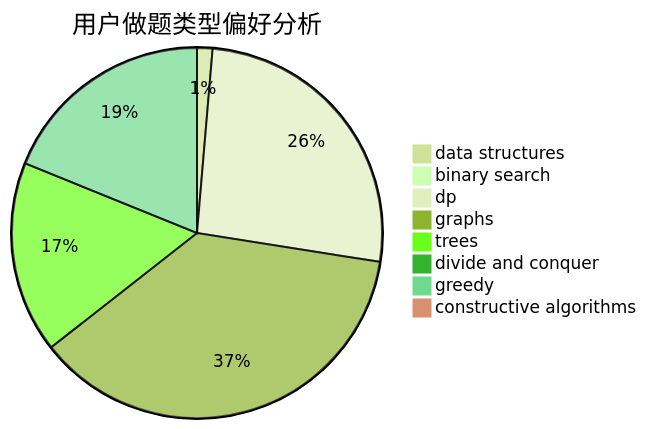
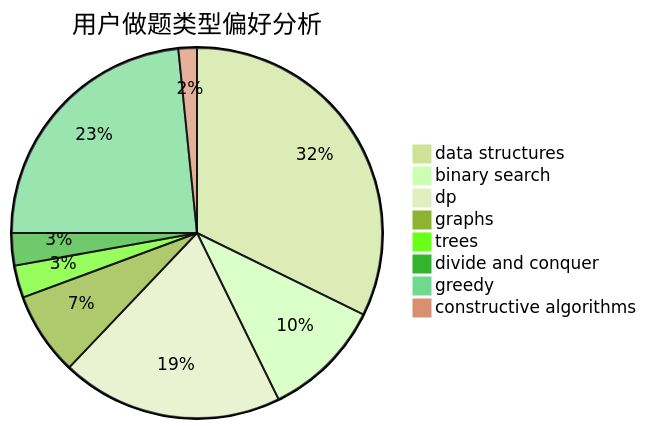
Before and after one commit to sherpahu/cfrs.github.io: the second of 3 diagrams in docs/user/u167.md, drawn with Mermaid (forest theme). The commit also changed other lines of this file and 2770 other files, not shown here.

````diff
--- a/docs/user/u167.md
+++ b/docs/user/u167.md
@@ -23,11 +23,11 @@
 ```mermaid
 pie title 用户做题类型偏好分析
-    "data structures" :  5
-    "binary search" :  0
-    "dp" :  97
-    "graphs" :  137
-    "trees" :  62
-    "divide and conquer" :  0
-    "greedy" :  70
-    "constructive algorithms" :  1
+    "data structures" :  80
+    "binary search" :  26
+    "dp" :  48
+    "graphs" :  18
+    "trees" :  7
+    "divide and conquer" :  7
+    "greedy" :  58
+    "constructive algorithms" :  4
 ```
````
